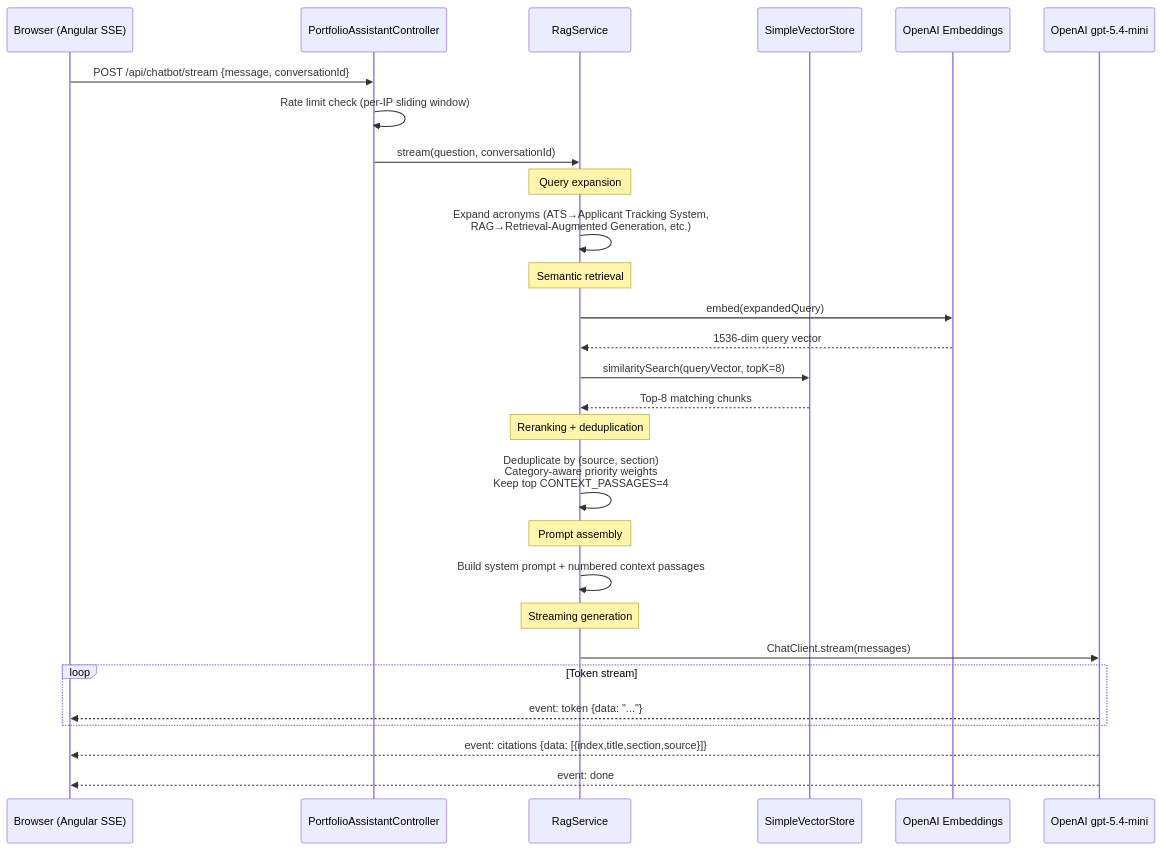
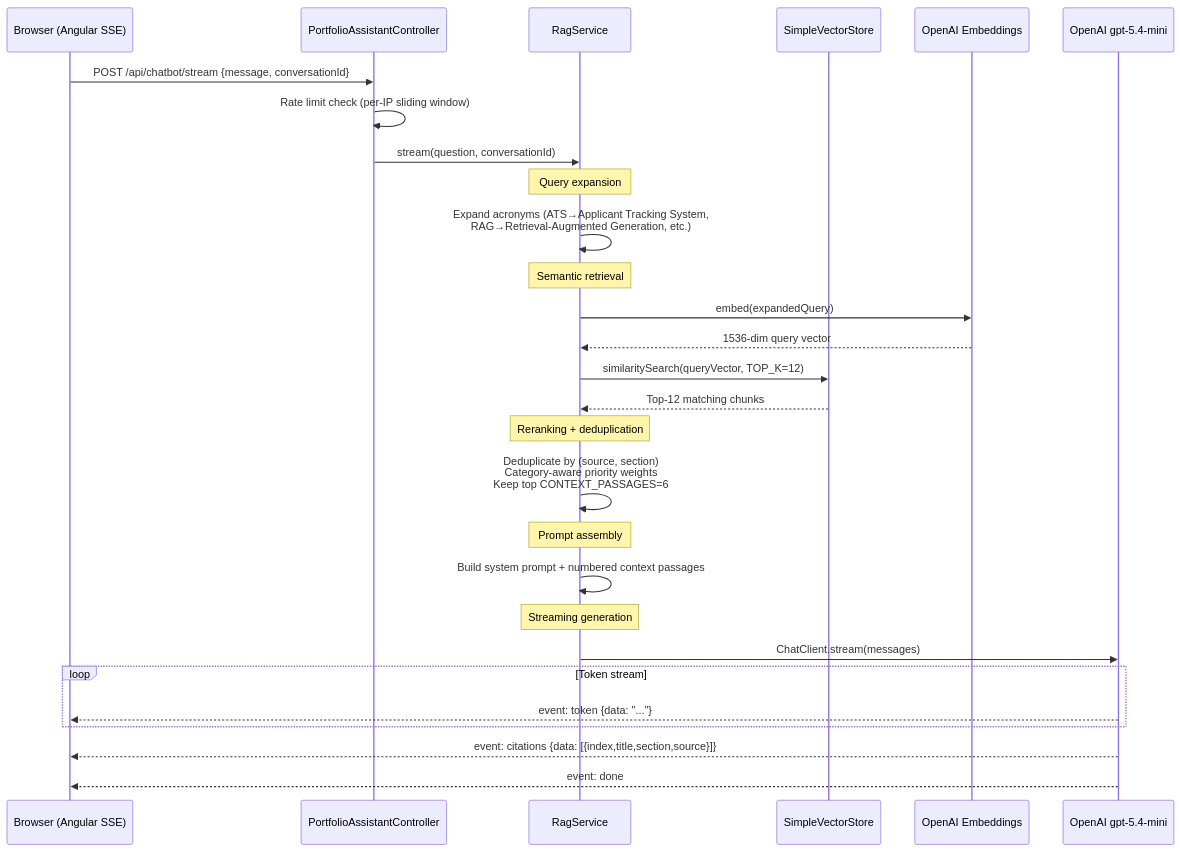
One commit to clark22134/MyPortfolioWebsite changed the sixth of 16 diagrams in portfolio-frontend/public/docs/ARCHITECTURE.md. Above: the diagram before and after it, drawn with Mermaid. The commit also changed other lines of this file and 39 other files, not shown here.

````diff
--- a/portfolio-frontend/public/docs/ARCHITECTURE.md
+++ b/portfolio-frontend/public/docs/ARCHITECTURE.md
@@ -277,37 +276,37 @@
 ```mermaid
 sequenceDiagram
     participant B as Browser (Angular SSE)
     participant C as PortfolioAssistantController
     participant R as RagService
     participant V as SimpleVectorStore
     participant E as OpenAI Embeddings
     participant L as OpenAI gpt-5.4-mini
 
     B->>C: POST /api/chatbot/stream {message, conversationId}
     C->>C: Rate limit check (per-IP sliding window)
 
     C->>R: stream(question, conversationId)
 
     Note over R: Query expansion
     R->>R: Expand acronyms (ATS→Applicant Tracking System,<br/>RAG→Retrieval-Augmented Generation, etc.)
 
     Note over R: Semantic retrieval
     R->>E: embed(expandedQuery)
     E-->>R: 1536-dim query vector
-    R->>V: similaritySearch(queryVector, topK=8)
-    V-->>R: Top-8 matching chunks
+    R->>V: similaritySearch(queryVector, TOP_K=12)
+    V-->>R: Top-12 matching chunks
 
     Note over R: Reranking + deduplication
-    R->>R: Deduplicate by (source, section)<br/>Category-aware priority weights<br/>Keep top CONTEXT_PASSAGES=4
+    R->>R: Deduplicate by (source, section)<br/>Category-aware priority weights<br/>Keep top CONTEXT_PASSAGES=6
 
     Note over R: Prompt assembly
     R->>R: Build system prompt + numbered context passages
 
     Note over R: Streaming generation
     R->>L: ChatClient.stream(messages)
     loop Token stream
         L-->>B: event: token  {data: "..."}
     end
     L-->>B: event: citations {data: [{index,title,section,source}]}
     L-->>B: event: done
 ```
````
